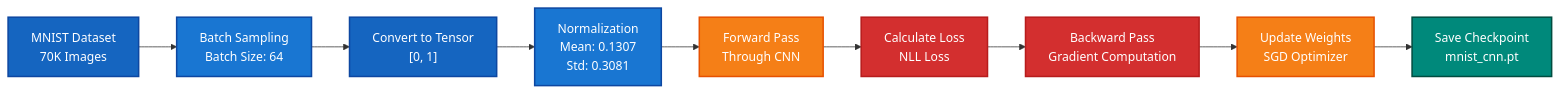
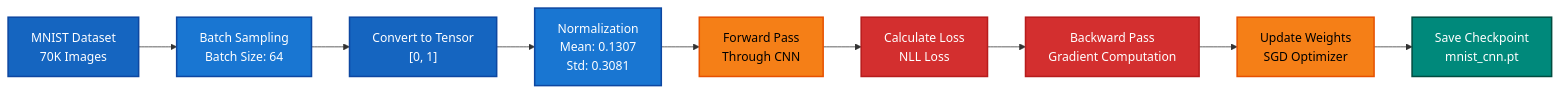
One commit to VishnuKant0925/MNIST-Digit-Classifier- changed the fourth of 5 diagrams in README.md. Above: the diagram before and after it, drawn with Mermaid. The commit also changed other lines of this file, not shown here.

````diff
--- a/README.md
+++ b/README.md
@@ -338,21 +338,21 @@
 ```mermaid
 graph LR
     A["MNIST Dataset<br/>70K Images"] --> B["Batch Sampling<br/>Batch Size: 64"]
     B --> C["Convert to Tensor<br/>[0, 1]"]
     C --> D["Normalization<br/>Mean: 0.1307<br/>Std: 0.3081"]
     D --> E["Forward Pass<br/>Through CNN"]
     E --> F["Calculate Loss<br/>NLL Loss"]
     F --> G["Backward Pass<br/>Gradient Computation"]
     G --> H["Update Weights<br/>SGD Optimizer"]
     H --> I["Save Checkpoint<br/>mnist_cnn.pt"]
 
     style A fill:#1565C0,stroke:#0D47A1,stroke-width:2px,color:#fff
     style B fill:#1976D2,stroke:#0D47A1,stroke-width:2px,color:#fff
     style C fill:#1565C0,stroke:#0D47A1,stroke-width:2px,color:#fff
     style D fill:#1976D2,stroke:#0D47A1,stroke-width:2px,color:#fff
-    style E fill:#F57F17,stroke:#E65100,stroke-width:2px,color:#fff
+    style E fill:#F57F17,stroke:#E65100,stroke-width:2px,color:#000
     style F fill:#D32F2F,stroke:#B71C1C,stroke-width:2px,color:#fff
     style G fill:#D32F2F,stroke:#B71C1C,stroke-width:2px,color:#fff
-    style H fill:#F57F17,stroke:#E65100,stroke-width:2px,color:#fff
+    style H fill:#F57F17,stroke:#E65100,stroke-width:2px,color:#000
     style I fill:#00897B,stroke:#004D40,stroke-width:2px,color:#fff
 ```
````
